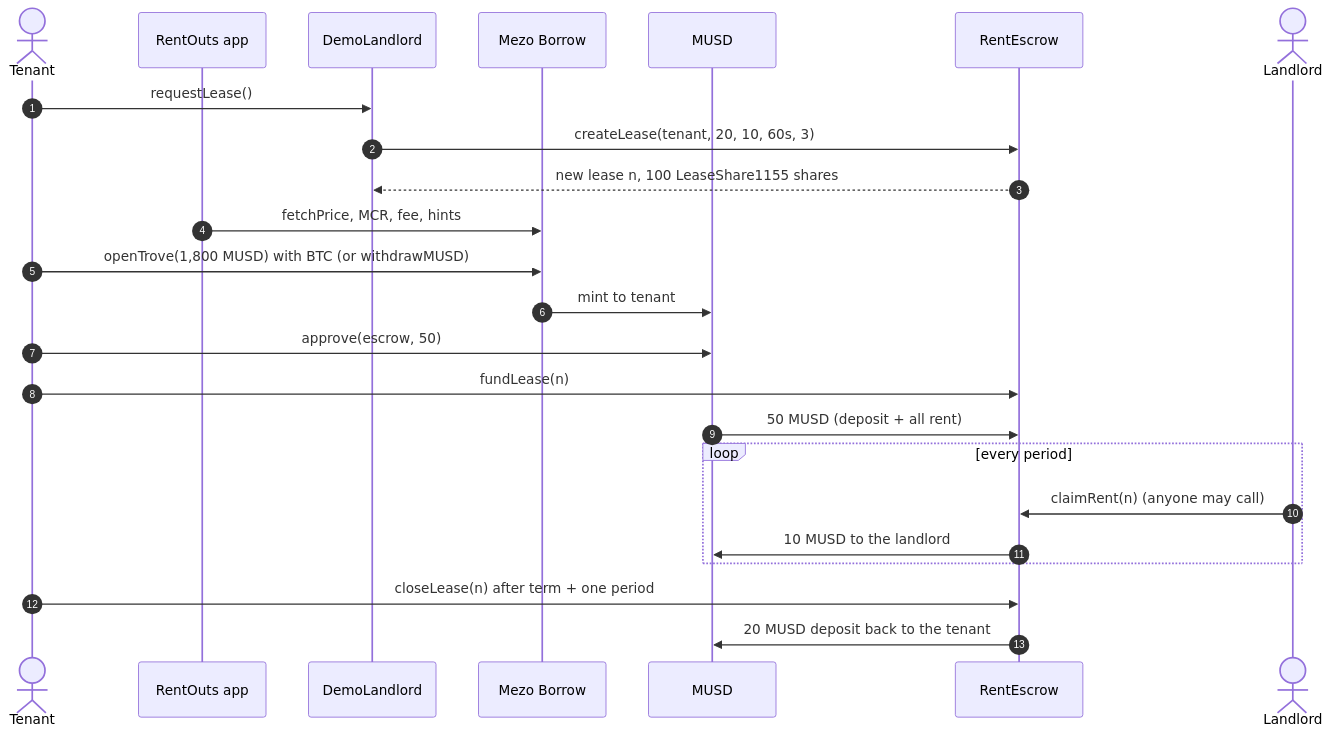
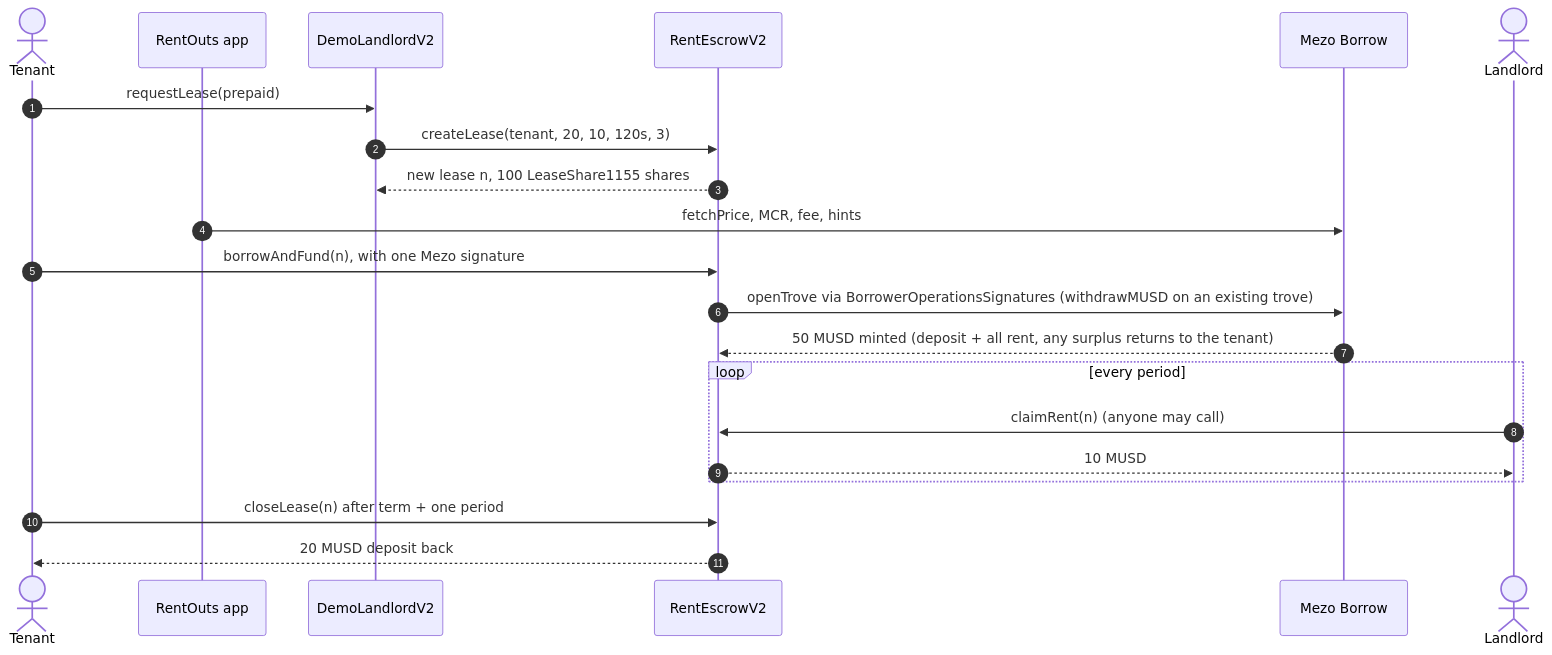
Before and after one commit to AiAlchemist0/rentouts-musd: the second of 3 diagrams in README.md, drawn with Mermaid. The commit also changed other lines of this file and 1 other file, not shown here.

First line of the commit message:
Docs: README and onboarding for the Wave 2 escrow

````diff
--- a/README.md
+++ b/README.md
@@ -121,27 +129,24 @@
 ```mermaid
 sequenceDiagram
     autonumber
     actor Tenant
     participant App as RentOuts app
-    participant DL as DemoLandlord
+    participant DL as DemoLandlordV2
+    participant Escrow as RentEscrowV2
     participant Mezo as Mezo Borrow
-    participant MUSD
-    participant Escrow as RentEscrow
     actor Landlord
 
-    Tenant->>DL: requestLease()
-    DL->>Escrow: createLease(tenant, 20, 10, 60s, 3)
+    Tenant->>DL: requestLease(prepaid)
+    DL->>Escrow: createLease(tenant, 20, 10, 120s, 3)
     Escrow-->>DL: new lease n, 100 LeaseShare1155 shares
     App->>Mezo: fetchPrice, MCR, fee, hints
-    Tenant->>Mezo: openTrove(1,800 MUSD) with BTC (or withdrawMUSD)
-    Mezo->>MUSD: mint to tenant
-    Tenant->>MUSD: approve(escrow, 50)
-    Tenant->>Escrow: fundLease(n)
-    MUSD->>Escrow: 50 MUSD (deposit + all rent)
+    Tenant->>Escrow: borrowAndFund(n), with one Mezo signature
+    Escrow->>Mezo: openTrove via BorrowerOperationsSignatures (withdrawMUSD on an existing trove)
+    Mezo-->>Escrow: 50 MUSD minted (deposit + all rent, any surplus returns to the tenant)
     loop every period
         Landlord->>Escrow: claimRent(n) (anyone may call)
-        Escrow->>MUSD: 10 MUSD to the landlord
+        Escrow-->>Landlord: 10 MUSD
     end
     Tenant->>Escrow: closeLease(n) after term + one period
-    Escrow->>MUSD: 20 MUSD deposit back to the tenant
+    Escrow-->>Tenant: 20 MUSD deposit back
 ```
````
